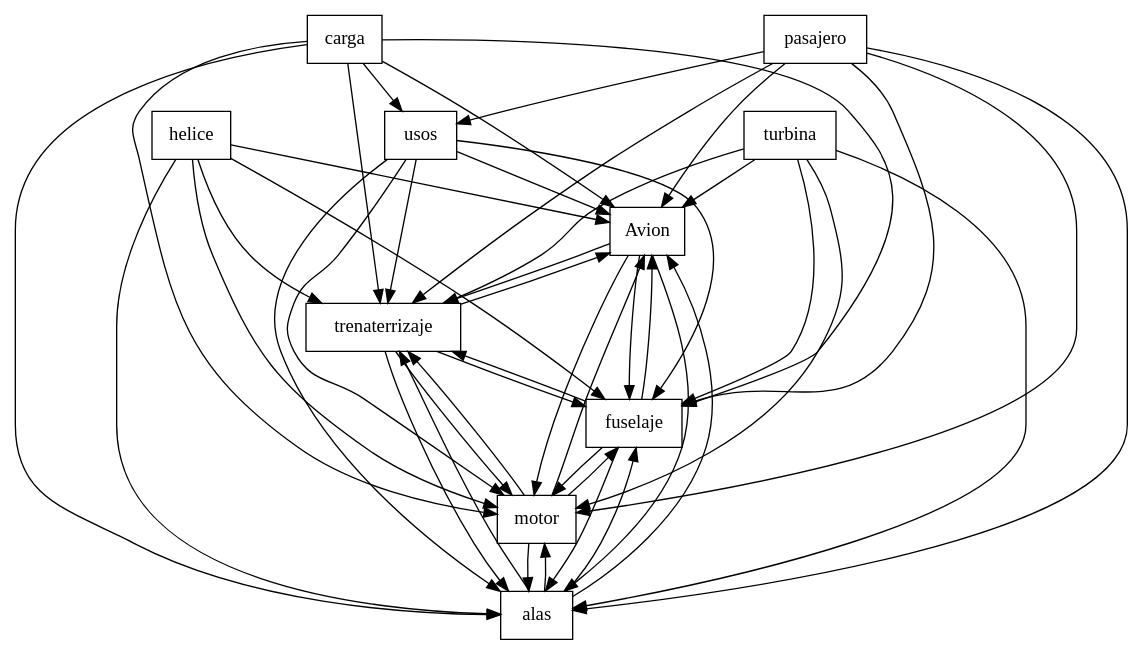
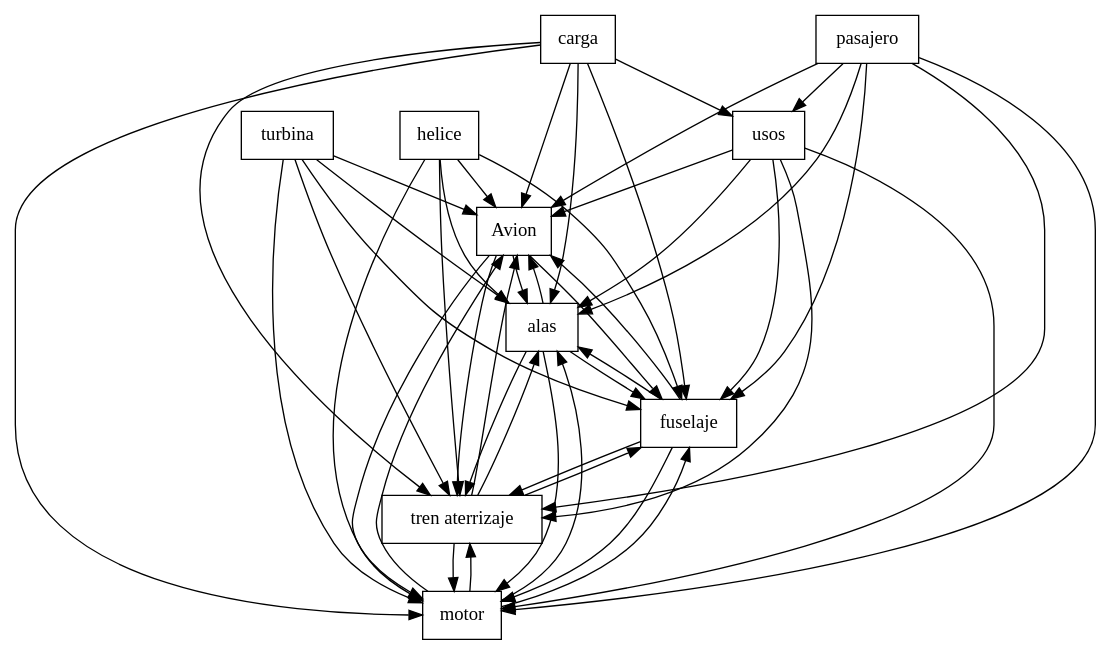
The diagram in FAMILIAR/output/SPLOT-big/fm_46_model_20100904_330653656.xml.dot (FAMILIAR-project/familiar-language), drawn with Graphviz before and after one commit. The commit also changed 199 other files, not shown here.

```diff
--- a/FAMILIAR/output/SPLOT-big/fm_46_model_20100904_330653656.xml.dot
+++ b/FAMILIAR/output/SPLOT-big/fm_46_model_20100904_330653656.xml.dot
@@ -1,62 +1,62 @@
 digraph{
 graph [rankdir=TB];
 node [shape=box];
 edge [arrowhead=normal];
 0[label="turbina",]
 1[label="Avion",]
 2[label="helice",]
-3[label="trenaterrizaje",]
-4[label="usos",]
-5[label="alas",]
-6[label="motor",]
+3[label="usos",]
+4[label="alas",]
+5[label="motor",]
+6[label="tren aterrizaje",]
 7[label="fuselaje",]
 8[label="carga",]
 9[label="pasajero",]
 0->1[label="",]
-0->3[label="",]
+0->4[label="",]
 0->5[label="",]
 0->6[label="",]
 0->7[label="",]
-1->3[label="",]
+1->4[label="",]
 1->5[label="",]
 1->6[label="",]
 1->7[label="",]
 2->1[label="",]
-2->3[label="",]
+2->4[label="",]
 2->5[label="",]
 2->6[label="",]
 2->7[label="",]
 3->1[label="",]
+3->4[label="",]
 3->5[label="",]
 3->6[label="",]
 3->7[label="",]
 4->1[label="",]
-4->3[label="",]
 4->5[label="",]
 4->6[label="",]
 4->7[label="",]
 5->1[label="",]
-5->3[label="",]
+5->4[label="",]
 5->6[label="",]
 5->7[label="",]
 6->1[label="",]
-6->3[label="",]
+6->4[label="",]
 6->5[label="",]
 6->7[label="",]
 7->1[label="",]
-7->3[label="",]
+7->4[label="",]
 7->5[label="",]
 7->6[label="",]
 8->1[label="",]
 8->3[label="",]
 8->4[label="",]
 8->5[label="",]
 8->6[label="",]
 8->7[label="",]
 9->1[label="",]
 9->3[label="",]
 9->4[label="",]
 9->5[label="",]
 9->6[label="",]
 9->7[label="",]
 }
```
